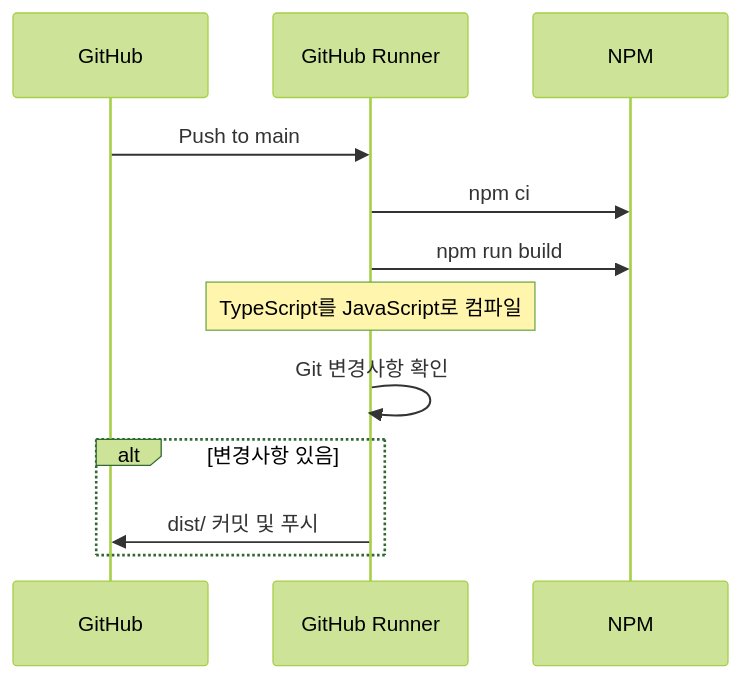
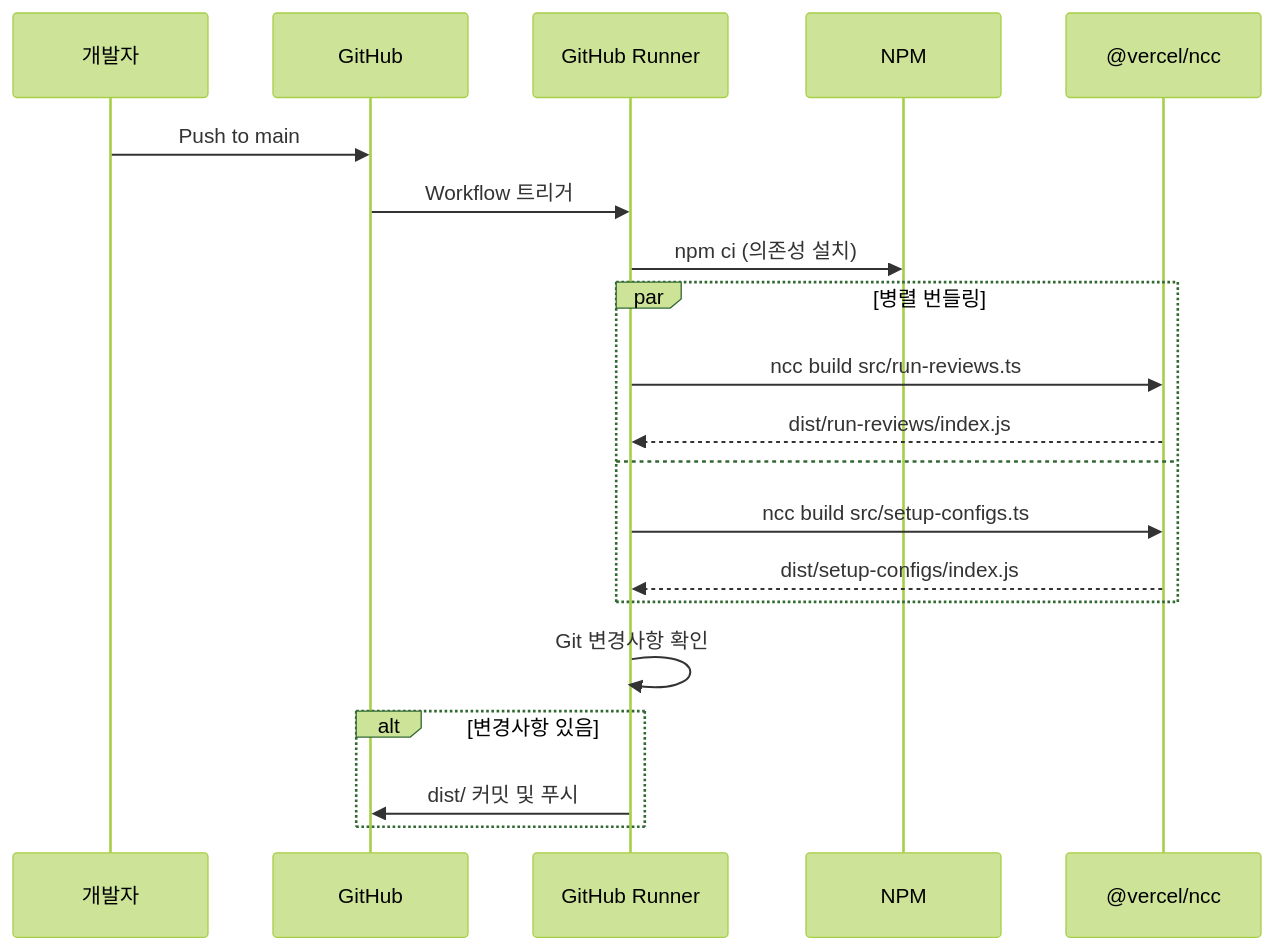
The third of 4 diagrams in 아키텍처.md (jonsoku-dev/gh-custom-reviwers), drawn with Mermaid (forest theme) before and after one commit. The commit also changed other lines of this file, not shown here.

Commit message:
GitHub Custom Reviewers 문서 업데이트: GitHub Action의 특성과 빌드 요구사항 추가, 플러그인 아키텍처 및 시스템 상세 설명 보강, 빌드 프로세스 및 실행 프로세스에 대한 다이어그램 수정

````diff
--- a/아키텍처.md
+++ b/아키텍처.md
@@ -38,15 +179,25 @@
 ```mermaid
 sequenceDiagram
+    participant Dev as 개발자
     participant GH as GitHub
     participant Runner as GitHub Runner
     participant NPM as NPM
+    participant NCC as @vercel/ncc
 
-    GH->>Runner: Push to main
-    Runner->>NPM: npm ci
-    Runner->>NPM: npm run build
-    Note over Runner: TypeScript를 JavaScript로 컴파일
+    Dev->>GH: Push to main
+    GH->>Runner: Workflow 트리거
+    Runner->>NPM: npm ci (의존성 설치)
+    
+    par 병렬 번들링
+        Runner->>NCC: ncc build src/run-reviews.ts
+        NCC-->>Runner: dist/run-reviews/index.js
+    and
+        Runner->>NCC: ncc build src/setup-configs.ts
+        NCC-->>Runner: dist/setup-configs/index.js
+    end
+
     Runner->>Runner: Git 변경사항 확인
     alt 변경사항 있음
         Runner->>GH: dist/ 커밋 및 푸시
     end
 ```
````
